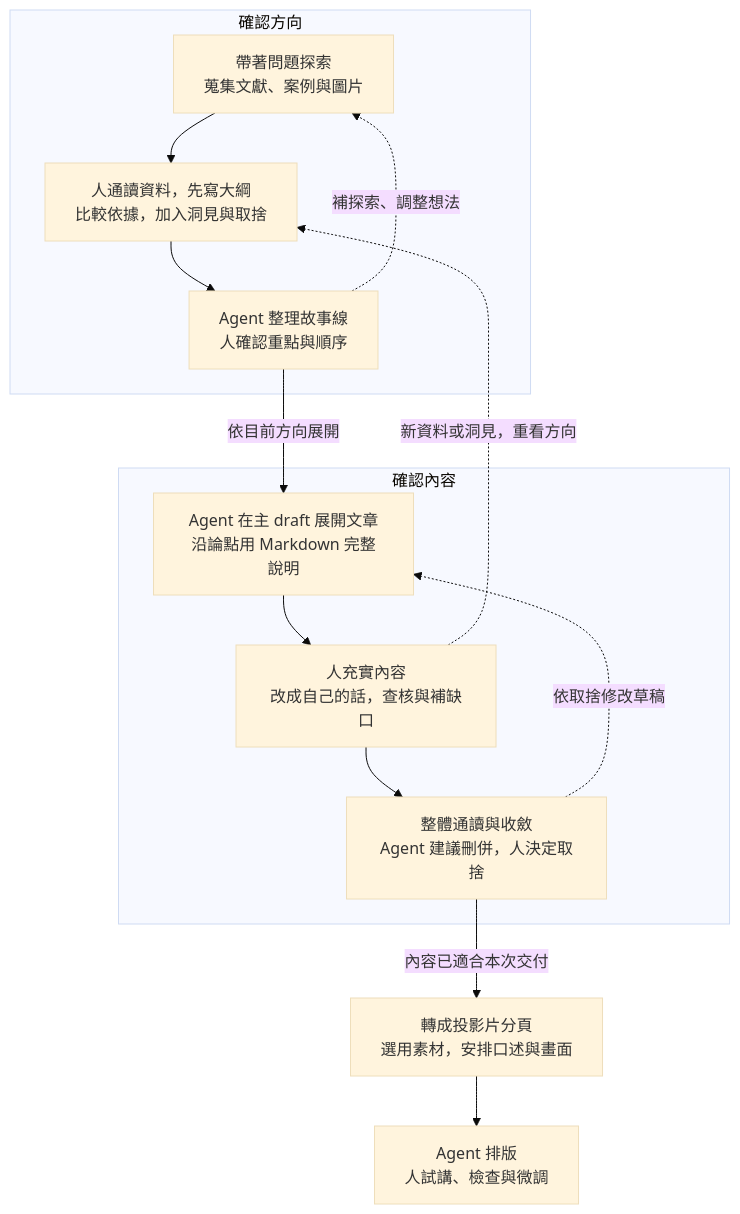
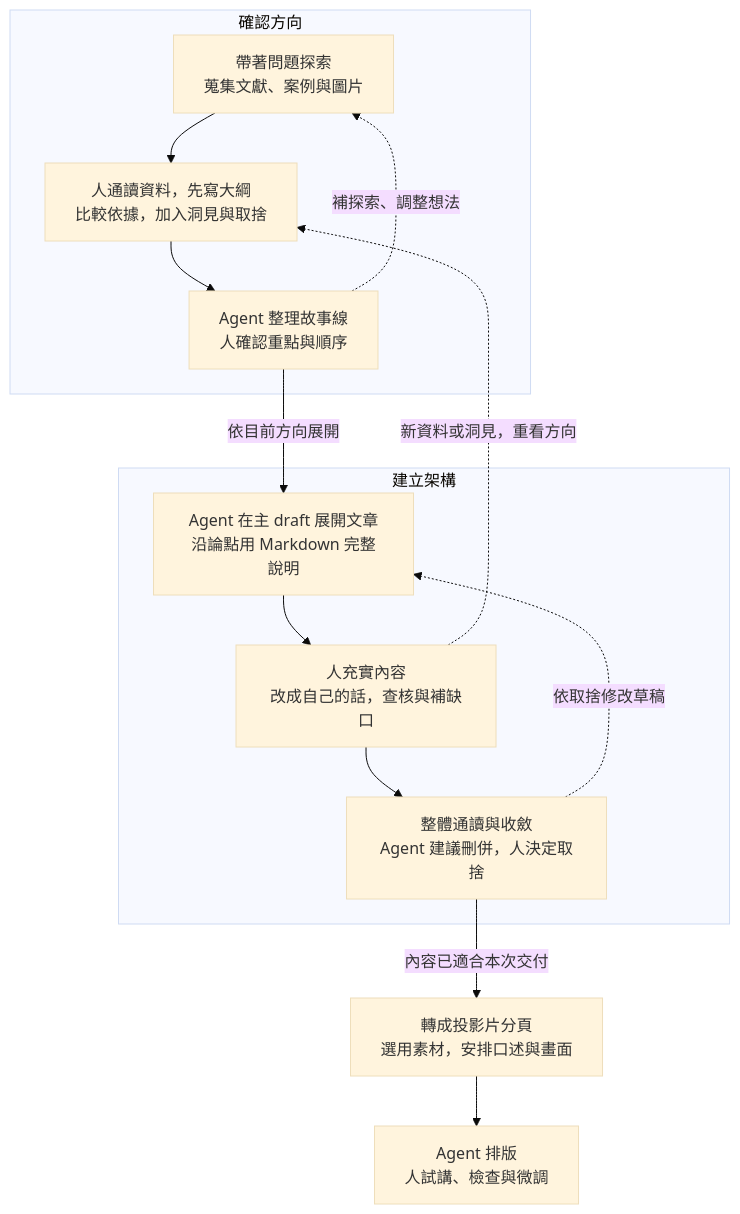
One commit to jimmy60504/agentic-knowledge-work changed the diagram in lessons/01-presentation-and-the-knowledge-work-loop.qmd. Above: the diagram before and after it, drawn with Mermaid (base theme). The commit also changed other lines of this file and 17 other files, not shown here.

First line of the commit message:
三圈定名確認方向、建立架構、調整風格，圖改 mermaid 直式並修文字

````diff
--- a/lessons/01-presentation-and-the-knowledge-work-loop.qmd
+++ b/lessons/01-presentation-and-the-knowledge-work-loop.qmd
@@ -77,21 +77,21 @@
 ```{mermaid}
 flowchart TD
     subgraph direction_loop["確認方向"]
         A["帶著問題探索<br/>蒐集文獻、案例與圖片"] --> B["人通讀資料，先寫大綱<br/>比較依據，加入洞見與取捨"]
         B --> C["Agent 整理故事線<br/>人確認重點與順序"]
         C -. 補探索、調整想法 .-> A
     end
 
     C -->|依目前方向展開| D
 
-    subgraph content_loop["確認內容"]
+    subgraph content_loop["建立架構"]
         D["Agent 在主 draft 展開文章<br/>沿論點用 Markdown 完整說明"] --> E["人充實內容<br/>改成自己的話，查核與補缺口"]
         E --> F["整體通讀與收斂<br/>Agent 建議刪併，人決定取捨"]
         F -. 依取捨修改草稿 .-> D
     end
 
     E -. 新資料或洞見，重看方向 .-> B
 
     F -->|內容已適合本次交付| H["轉成投影片分頁<br/>選用素材，安排口述與畫面"]
     H --> G["Agent 排版<br/>人試講、檢查與微調"]
 ```
````
